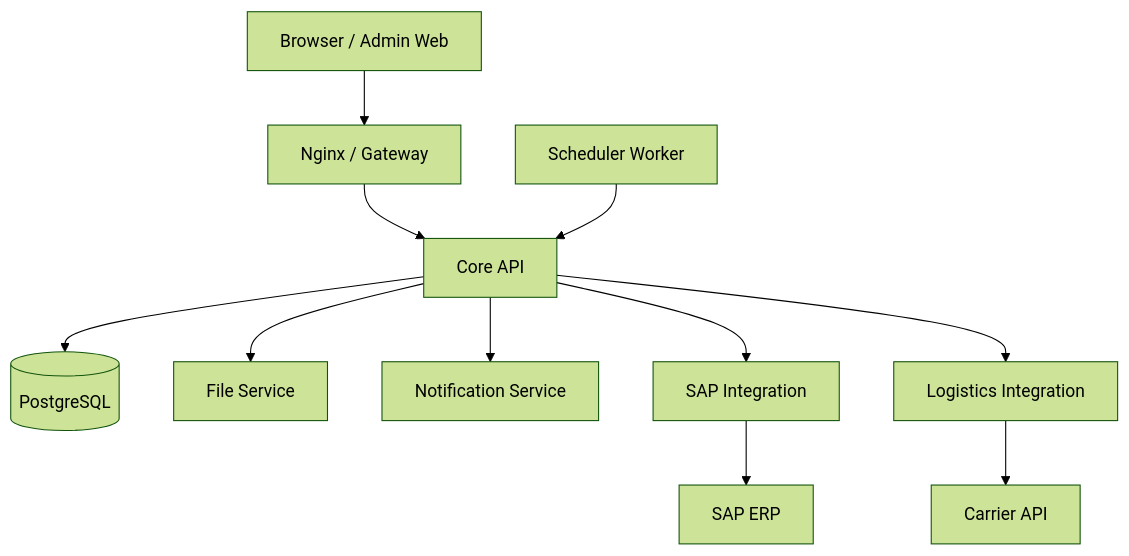
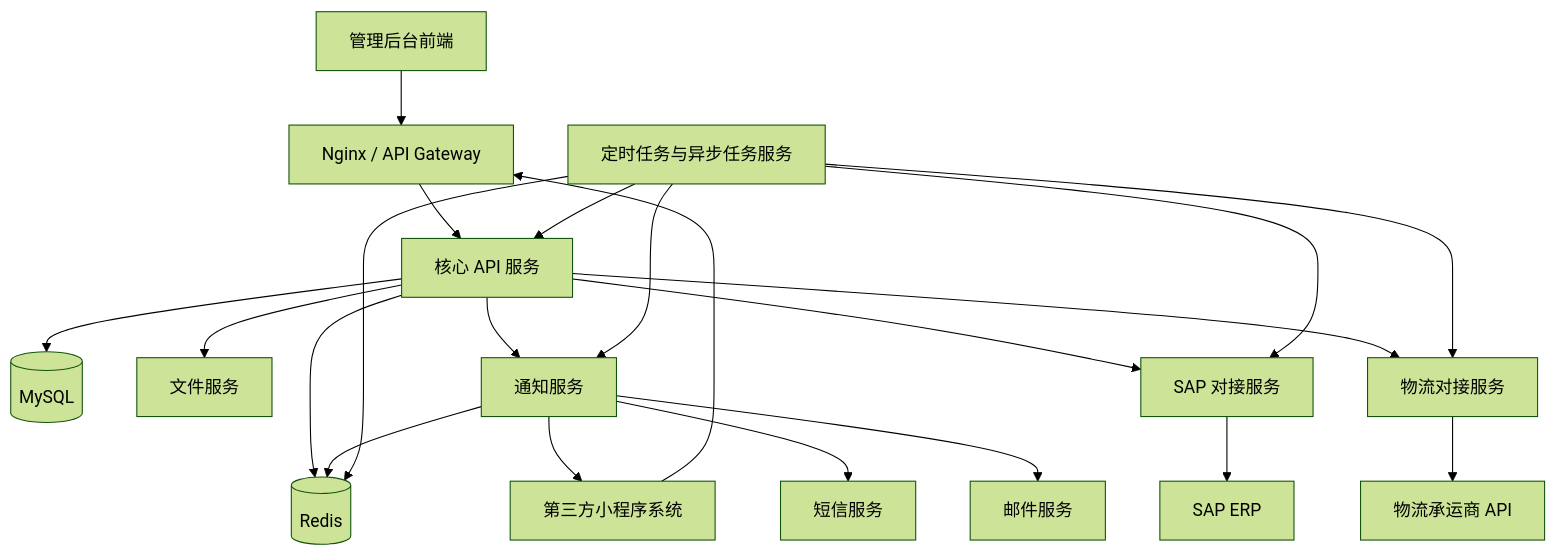
One commit to guguohai/gmps changed the diagram in docs/architecture/overview.md. Above: the diagram before and after it, drawn with Mermaid (forest theme). The commit also changed other lines of this file and 1 other file, not shown here.

Commit message:
docs: 完善 README 说明

````diff
--- a/docs/architecture/overview.md
+++ b/docs/architecture/overview.md
@@ -7,17 +9,29 @@
 ```mermaid
 graph TD
-    Client[Browser / Admin Web] --> API_Gateway[Nginx / Gateway]
-    API_Gateway --> CoreAPI[Core API]
-    
-    CoreAPI --> DB[(PostgreSQL)]
-    CoreAPI --> FileService[File Service]
-    CoreAPI --> NotificationService[Notification Service]
-    
-    CoreAPI --> SAP[SAP Integration]
-    SAP --> SAP_System[SAP ERP]
-    
-    CoreAPI --> Logistics[Logistics Integration]
-    Logistics --> Carrier[Carrier API]
-    
-    Scheduler[Scheduler Worker] --> CoreAPI
+    AdminWeb[管理后台前端] --> Nginx[Nginx / API Gateway]
+    MiniProgramParty[第三方小程序系统] --> Nginx
+
+    Nginx --> CoreAPI[核心 API 服务]
+
+    CoreAPI --> MySQL[(MySQL)]
+    CoreAPI --> Redis[(Redis)]
+    CoreAPI --> FileService[文件服务]
+
+    CoreAPI --> NotificationService[通知服务]
+    CoreAPI --> SAPService[SAP 对接服务]
+    CoreAPI --> LogisticsService[物流对接服务]
+
+    NotificationService --> Redis
+    NotificationService --> MiniProgramParty
+    NotificationService --> SMS[短信服务]
+    NotificationService --> Email[邮件服务]
+
+    SAPService --> SAP[SAP ERP]
+    LogisticsService --> Carrier[物流承运商 API]
+
+    Scheduler[定时任务与异步任务服务] --> CoreAPI
+    Scheduler --> Redis
+    Scheduler --> NotificationService
+    Scheduler --> SAPService
+    Scheduler --> LogisticsService
 ```
````
